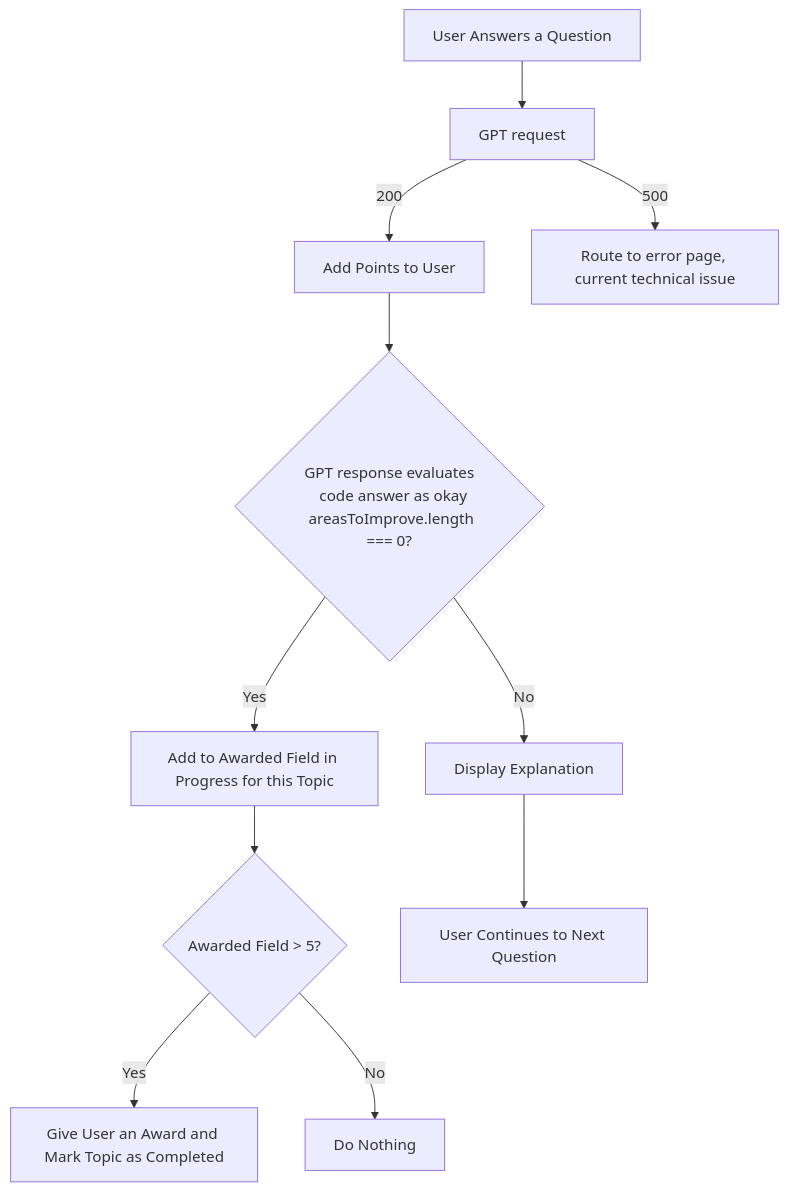
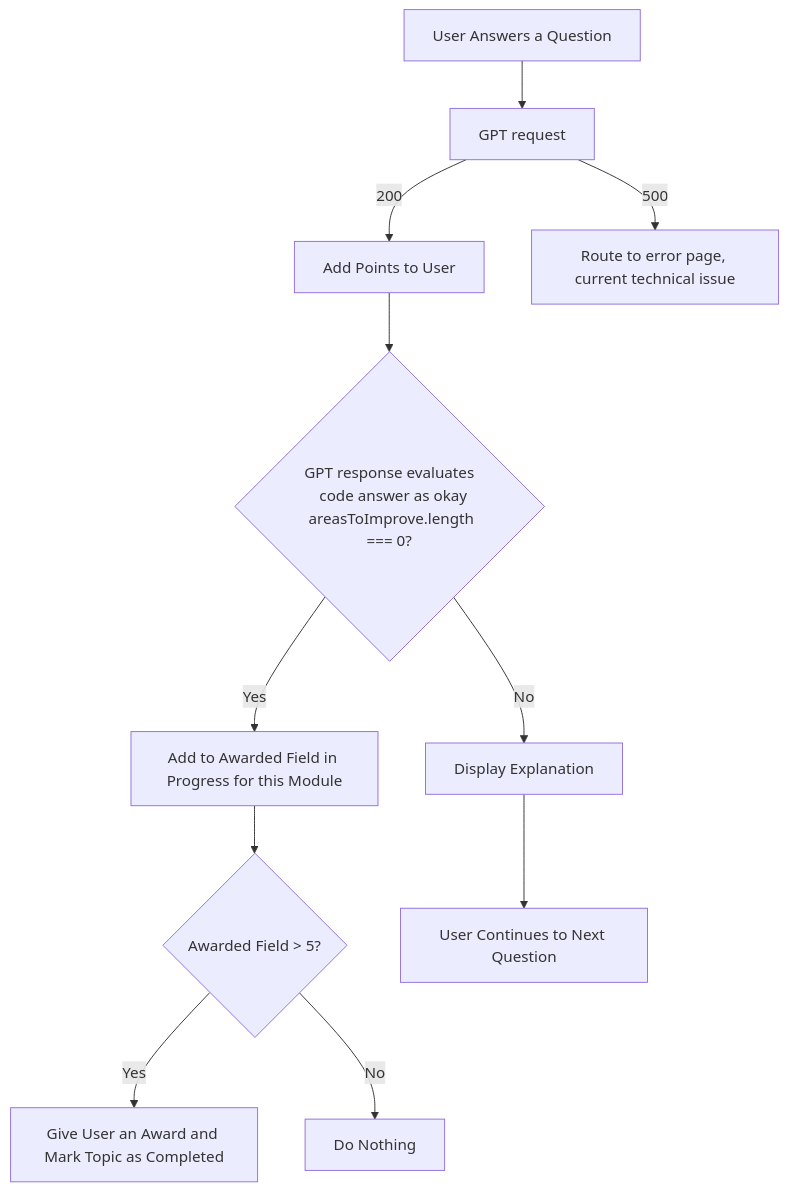
One commit to stepsen89/eduplay-nexus changed the second of 3 diagrams in FlowChart.md. Above: the diagram before and after it, drawn with Mermaid. The commit also changed 18 other files, not shown here.

````diff
--- a/FlowChart.md
+++ b/FlowChart.md
@@ -15,16 +15,16 @@
 ```mermaid
 
 graph TB
   A[User Answers a Question] --> B[GPT request]
   B --> |200| C[Add Points to User]
   B --> |500| D[Route to error page, current technical issue]
   C --> E{GPT response evaluates
   code answer as okay
   areasToImprove.length === 0?}
-  E --> |Yes| F[Add to Awarded Field in Progress for this Topic]
+  E --> |Yes| F[Add to Awarded Field in Progress for this Module]
   E --> |No| J[Display Explanation]
   F --> G{Awarded Field > 5?}
   G --> |Yes| H[Give User an Award and Mark Topic as Completed]
   G --> |No| I[Do Nothing]
   J --> K[User Continues to Next Question]
 ```
````
